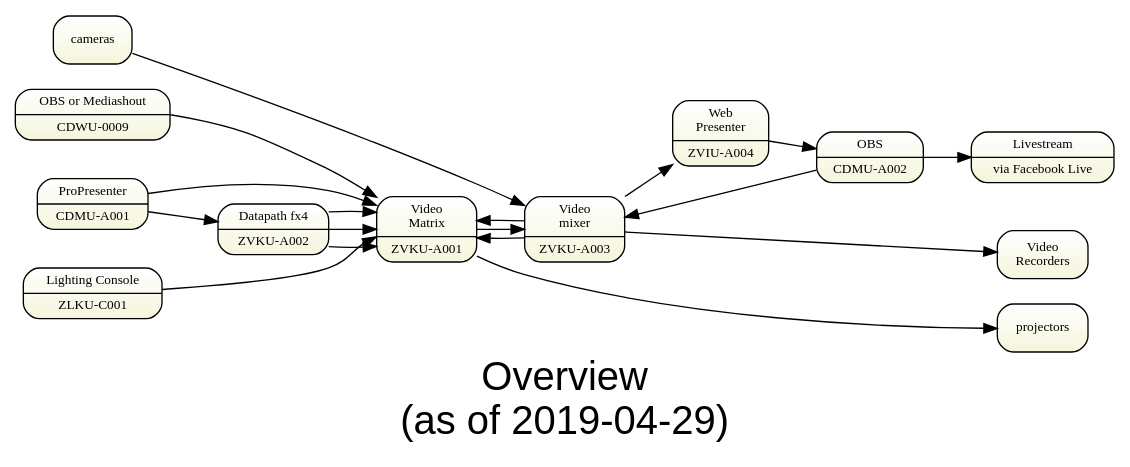
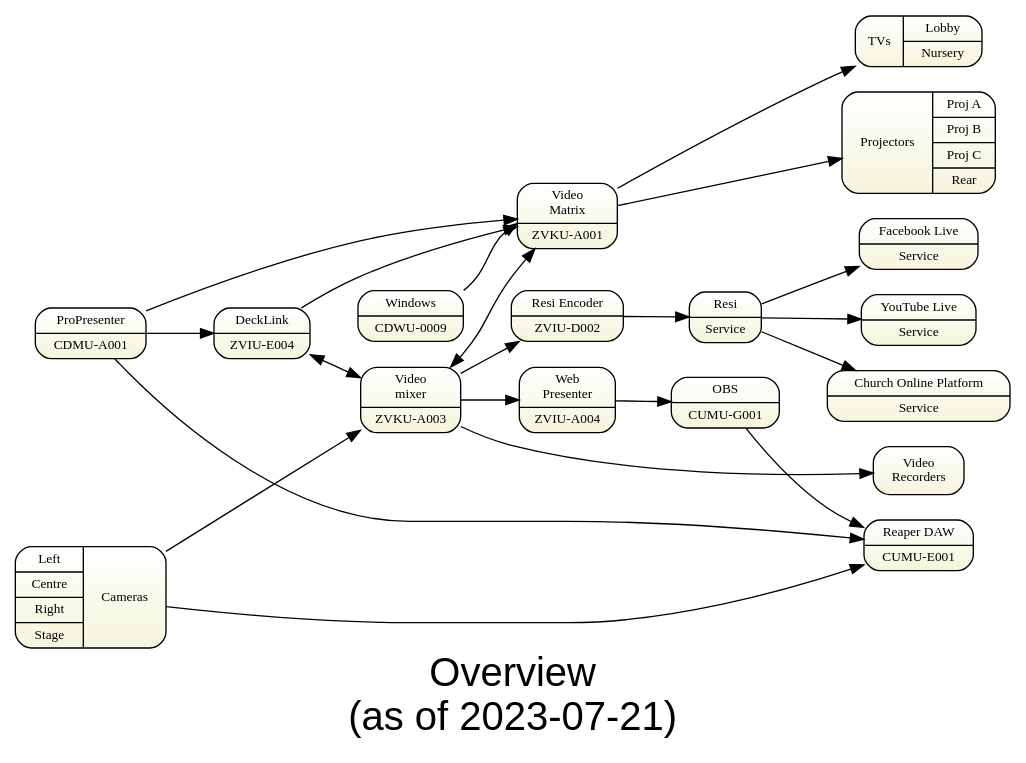
The diagram in sdv-topology0-overview.gv (avmaint/uactechdoc), drawn with Graphviz before and after one commit. The commit also changed 10 other files, not shown here.

```diff
--- a/sdv-topology0-overview.gv
+++ b/sdv-topology0-overview.gv
@@ -1,47 +1,61 @@
 digraph topology0 { 
 graph [overlap = true, fontsize = 30, rankdir=LR 
-      label="Overview\n(as of 2019-04-29)",
+      label="Overview\n(as of 2023-07-21)",
       fontname = Helvetica]
 
 node [shape=Mrecord, tooltip="" , fontsize = 10, 
       fillcolor="white:beige" , style=filled  
       gradientangle=270]
       
-pswitch [label="Video\nMatrix|ZVKU-A001"]
-rswitch [label="Video\nmixer|ZVKU-A003"]
+zvkua001 [label="Video\nMatrix|ZVKU-A001"]
+zvkua003 [label="Video\nmixer|ZVKU-A003"]
     
-cdwu0009 [label="OBS or Mediashout|CDWU-0009"]
 cdmua001 [label="ProPresenter|CDMU-A001"]
-cdmua002 [label="OBS|CDMU-A002"]
+cumug001 [label="OBS|CUMU-G001"]
+cdwu0009 [label="Windows|CDWU-0009"]
 
-fx4 [label="Datapath fx4|ZVKU-A002"]
-wp [label="Web\nPresenter|ZVIU-A004"]
-cs40 [label="Lighting Console|ZLKU-C001"]
-facebook [label="Livestream|via Facebook Live"]
-recorders [label="Video\nRecorders"]
+wp [label="Web\nPresenter|ZVIU-A004"] 
 
-cdmua001  -> fx4   
+zviud002    [label="Resi Encoder|ZVIU-D002"]
+resi        [label="Resi|Service"]
+facebook    [label="Facebook Live|Service"]
+youtube     [label="YouTube Live|Service"]
+chop        [label="Church Online Platform|Service"]
+recorders   [label="Video\nRecorders"]
+zviue004    [label="DeckLink|ZVIU-E004"]
+tvs         [label="{TVs|{Lobby|Nursery}}"]
+cameras     [label="{{Left|Centre|Right|Stage}|Cameras}"]
+cumue001	[label="Reaper DAW|CUMU-E001"]
 
-fx4:o1        -> pswitch:i1
-fx4:o2        -> pswitch:i2
-fx4:o3        -> pswitch:i3
-cdmua001      -> pswitch:i4  
-cdwu0009:hdmi -> pswitch:i5
-rswitch       -> pswitch:i6
-rswitch       -> pswitch:i7
-cs40:hdmi     -> pswitch:i8
+projectors  [label="{Projectors|{Proj A | Proj B | Proj C | Rear}}"]
+
+cdmua001 -> zviue004
+zviue004 -> zvkua001
+
+zvkua001 -> tvs
+
+zvkua003 -> zviud002
+zviud002 -> resi
+resi     -> facebook
+resi     -> youtube
+resi     -> chop 
  
-wp -> cdmua002 
-cdmua002 -> rswitch
-cdmua002 -> facebook
+cdmua001       -> zvkua001:i4  
+cdwu0009:hdmi  -> zvkua001:i5
+zvkua003       -> zvkua001 [dir=both]
 
-pswitch -> rswitch
+zviue004 -> zvkua003 [dir=both]
 
-cameras -> rswitch
-rswitch->wp
-pswitch -> projectors
-rswitch -> recorders
+wp -> cumug001  
+cumug001 -> cumue001
+cdmua001 -> cumue001
+cameras  -> cumue001 
 
-{rank=same; facebook projectors recorders}
-{rank=same; cameras cdmua001    cdwu0009 cs40 }
+cameras -> zvkua003
+zvkua003 -> wp
+zvkua001 -> projectors
+zvkua003 -> recorders
+
+{rank=same; facebook youtube chop projectors recorders tvs}
+{rank=same; cameras cdmua001       }
 } 
```
